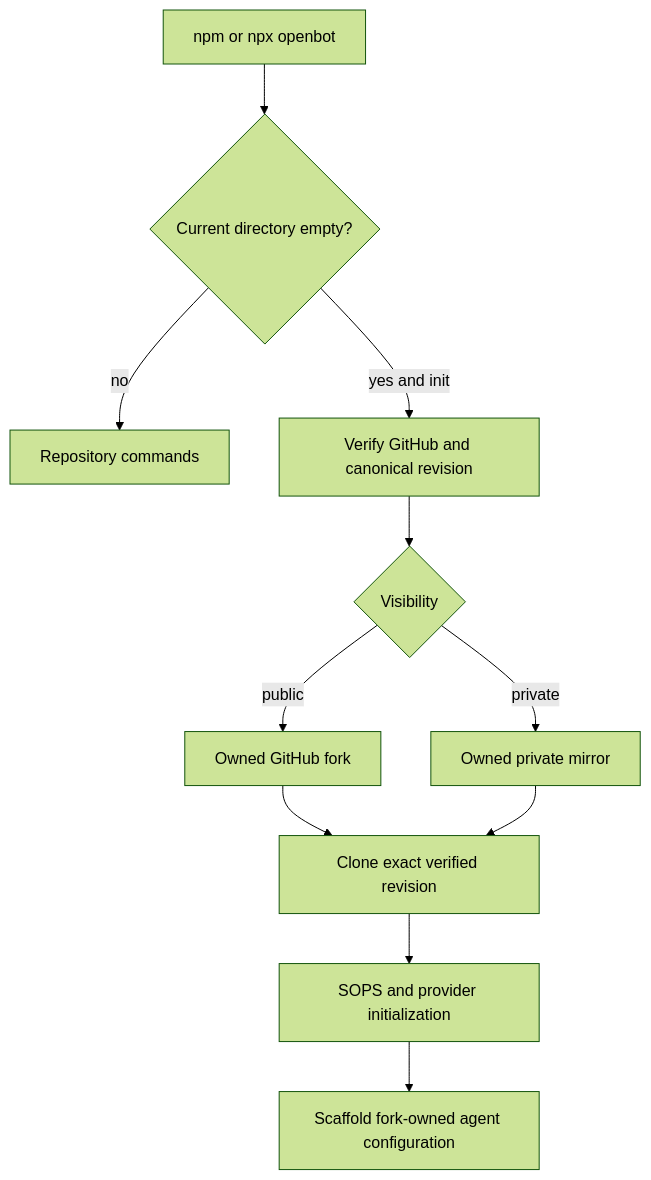
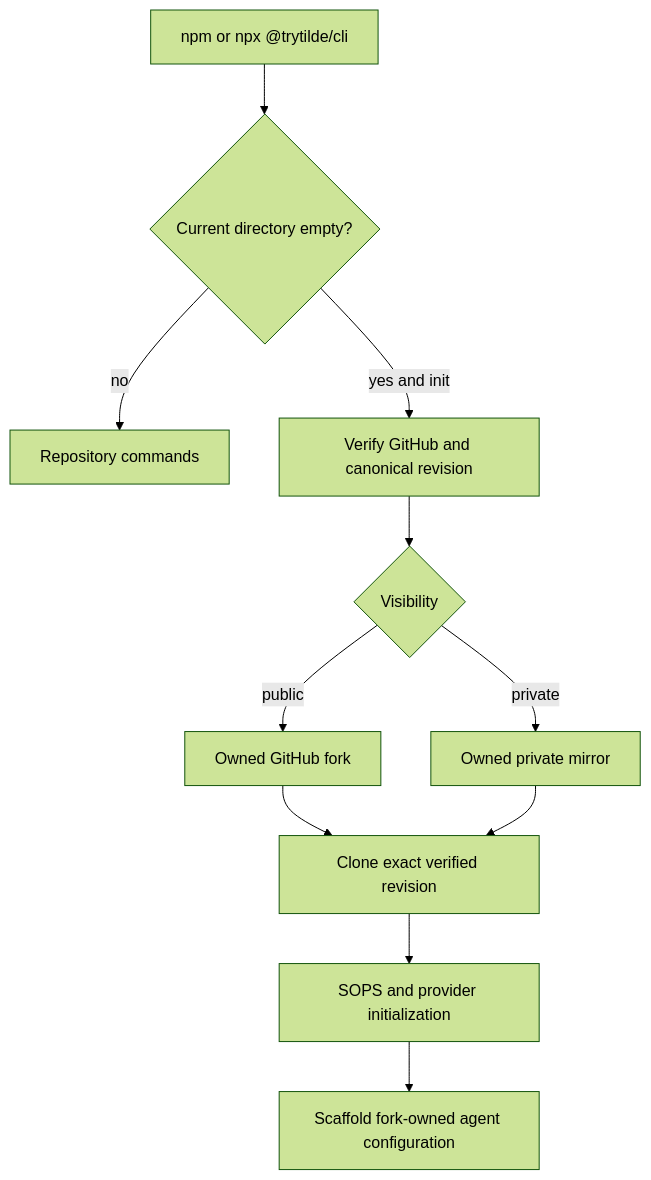
One commit to trytilde/dispatch changed the diagram in docs/updates/38.md. Above: the diagram before and after it, drawn with Mermaid (forest theme). The commit also changed other lines of this file and 668 other files, not shown here.

````diff
--- a/docs/updates/38.md
+++ b/docs/updates/38.md
@@ -23,13 +23,13 @@
 ```mermaid
 flowchart TD
-  N["npm or npx openbot"] --> E{"Current directory empty?"}
+  N["npm or npx @trytilde/cli"] --> E{"Current directory empty?"}
   E -->|"no"| R["Repository commands"]
   E -->|"yes and init"| P["Verify GitHub and canonical revision"]
   P --> V{"Visibility"}
   V -->|"public"| F["Owned GitHub fork"]
   V -->|"private"| M["Owned private mirror"]
   F --> C["Clone exact verified revision"]
   M --> C
   C --> S["SOPS and provider initialization"]
   S --> A["Scaffold fork-owned agent configuration"]
 ```
````
